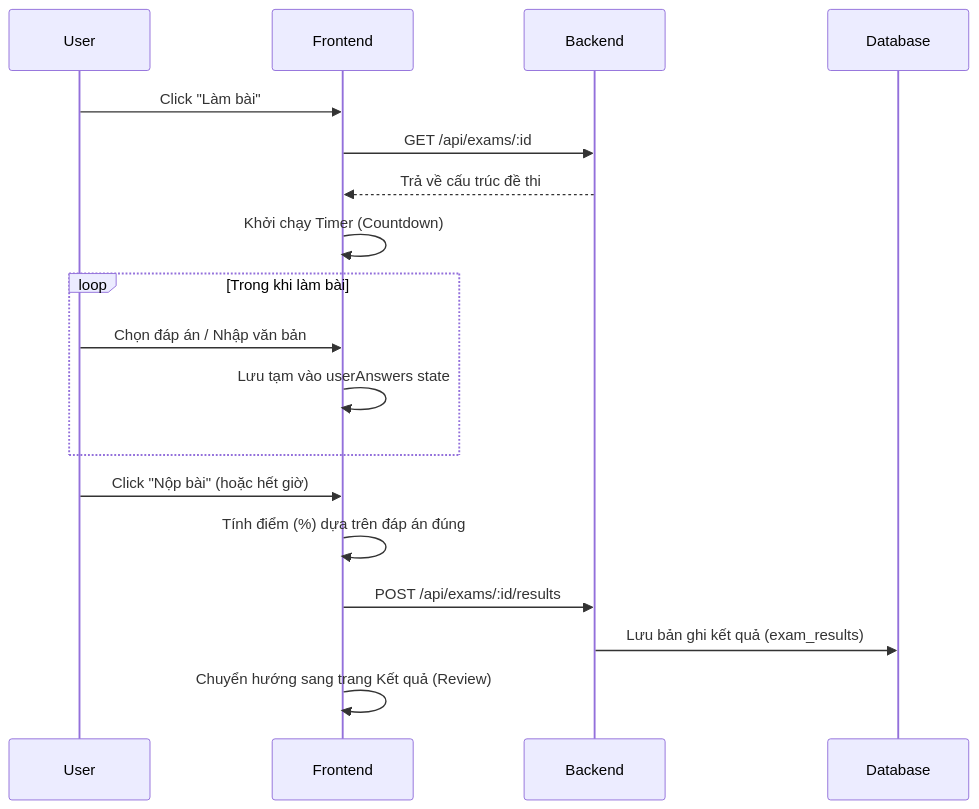
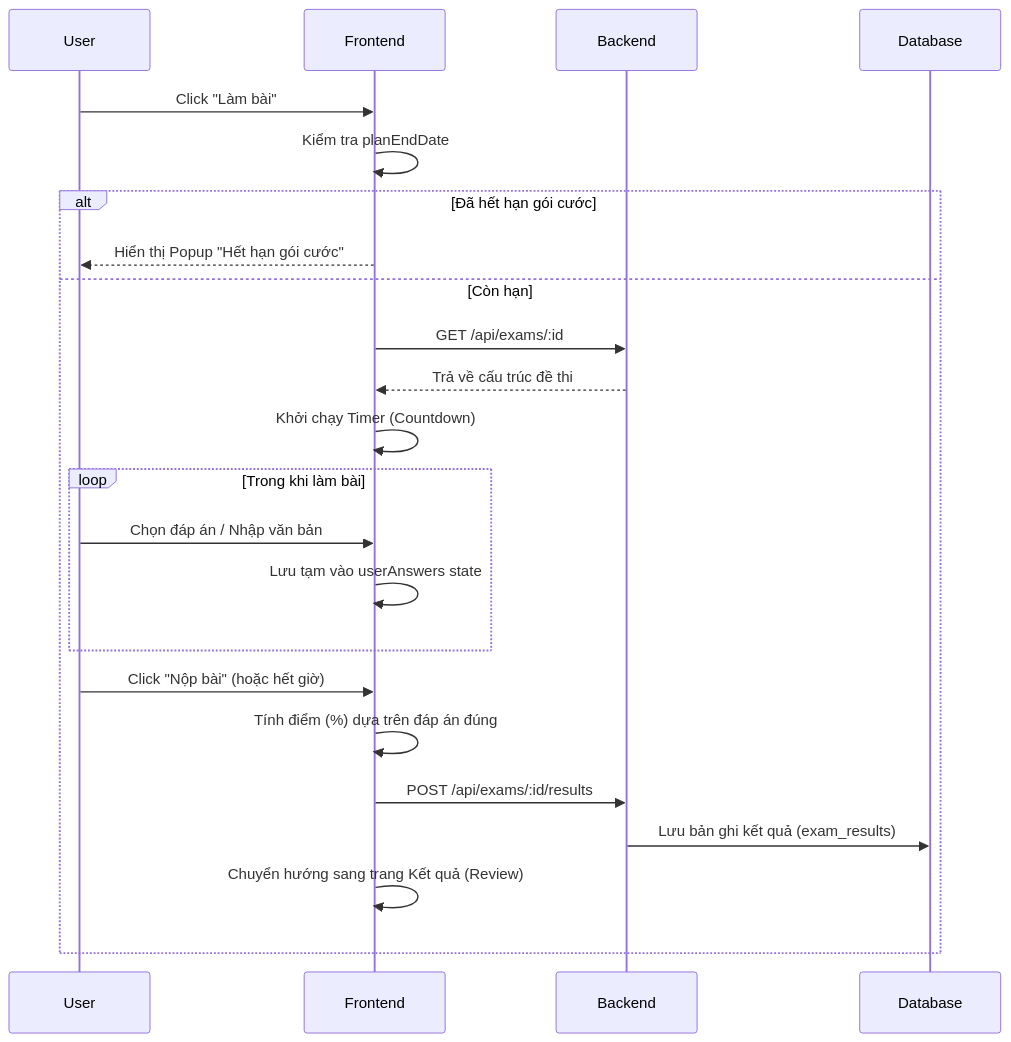
One commit to SmartLearn1987/smartlearnapp changed the second of 3 diagrams in spec/quiz/DetailDesign_quiz.md. Above: the diagram before and after it, drawn with Mermaid. The commit also changed other lines of this file and 27 other files, not shown here.

````diff
--- a/spec/quiz/DetailDesign_quiz.md
+++ b/spec/quiz/DetailDesign_quiz.md
@@ -88,21 +90,26 @@
 ```mermaid
 sequenceDiagram
     participant User
     participant Frontend
     participant Backend
     participant Database
 
     User->>Frontend: Click "Làm bài"
-    Frontend->>Backend: GET /api/exams/:id
-    Backend-->>Frontend: Trả về cấu trúc đề thi
-    Frontend->>Frontend: Khởi chạy Timer (Countdown)
-    loop Trong khi làm bài
-        User->>Frontend: Chọn đáp án / Nhập văn bản
-        Frontend->>Frontend: Lưu tạm vào userAnswers state
+    Frontend->>Frontend: Kiểm tra planEndDate
+    alt Đã hết hạn gói cước
+        Frontend-->>User: Hiển thị Popup "Hết hạn gói cước"
+    else Còn hạn
+        Frontend->>Backend: GET /api/exams/:id
+        Backend-->>Frontend: Trả về cấu trúc đề thi
+        Frontend->>Frontend: Khởi chạy Timer (Countdown)
+        loop Trong khi làm bài
+            User->>Frontend: Chọn đáp án / Nhập văn bản
+            Frontend->>Frontend: Lưu tạm vào userAnswers state
+        end
+        User->>Frontend: Click "Nộp bài" (hoặc hết giờ)
+        Frontend->>Frontend: Tính điểm (%) dựa trên đáp án đúng
+        Frontend->>Backend: POST /api/exams/:id/results
+        Backend->>Database: Lưu bản ghi kết quả (exam_results)
+        Frontend->>Frontend: Chuyển hướng sang trang Kết quả (Review)
     end
-    User->>Frontend: Click "Nộp bài" (hoặc hết giờ)
-    Frontend->>Frontend: Tính điểm (%) dựa trên đáp án đúng
-    Frontend->>Backend: POST /api/exams/:id/results
-    Backend->>Database: Lưu bản ghi kết quả (exam_results)
-    Frontend->>Frontend: Chuyển hướng sang trang Kết quả (Review)
 ```
````
